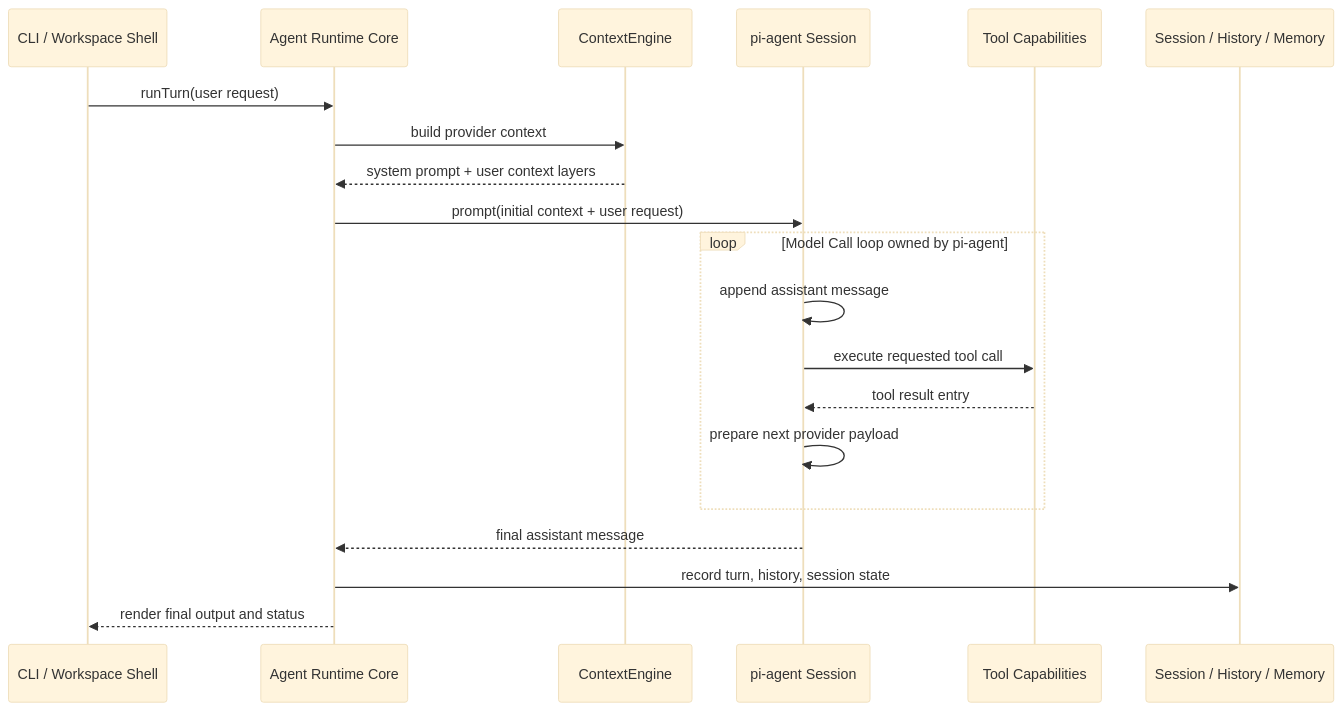
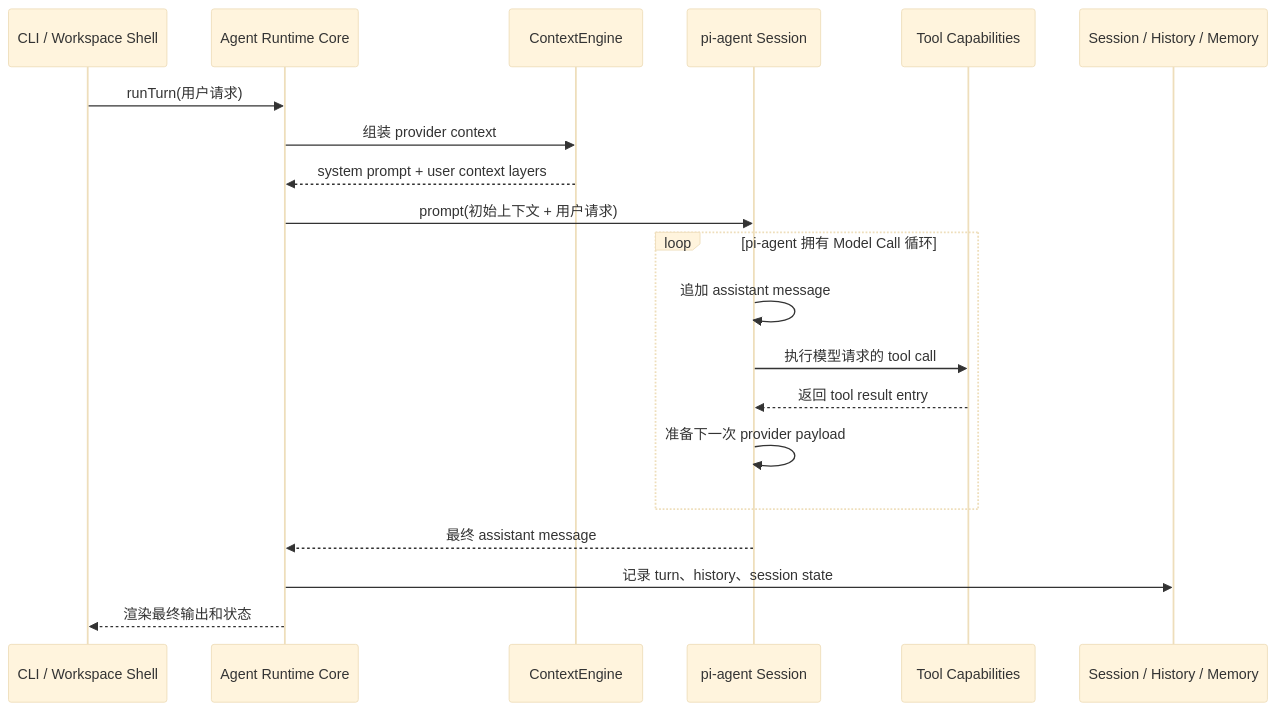
Before and after one commit to liuzhengdongfortest/march-cli: the second of 7 diagrams in docs/architecture-boundaries.md, drawn with Mermaid (base theme). The commit also changed other lines of this file, not shown here.

Commit message:
docs: localize architecture boundaries

````diff
--- a/docs/architecture-boundaries.md
+++ b/docs/architecture-boundaries.md
@@ -24,22 +24,22 @@
 ```mermaid
 sequenceDiagram
   participant CLI as CLI / Workspace Shell
   participant Runner as Agent Runtime Core
   participant Context as ContextEngine
   participant Pi as pi-agent Session
   participant Tools as Tool Capabilities
   participant Store as Session / History / Memory
-  CLI->>Runner: runTurn(user request)
-  Runner->>Context: build provider context
+  CLI->>Runner: runTurn(用户请求)
+  Runner->>Context: 组装 provider context
   Context-->>Runner: system prompt + user context layers
-  Runner->>Pi: prompt(initial context + user request)
-  loop Model Call loop owned by pi-agent
-    Pi->>Pi: append assistant message
-    Pi->>Tools: execute requested tool call
-    Tools-->>Pi: tool result entry
-    Pi->>Pi: prepare next provider payload
+  Runner->>Pi: prompt(初始上下文 + 用户请求)
+  loop pi-agent 拥有 Model Call 循环
+    Pi->>Pi: 追加 assistant message
+    Pi->>Tools: 执行模型请求的 tool call
+    Tools-->>Pi: 返回 tool result entry
+    Pi->>Pi: 准备下一次 provider payload
   end
-  Pi-->>Runner: final assistant message
-  Runner->>Store: record turn, history, session state
-  Runner-->>CLI: render final output and status
+  Pi-->>Runner: 最终 assistant message
+  Runner->>Store: 记录 turn、history、session state
+  Runner-->>CLI: 渲染最终输出和状态
 ```
````
